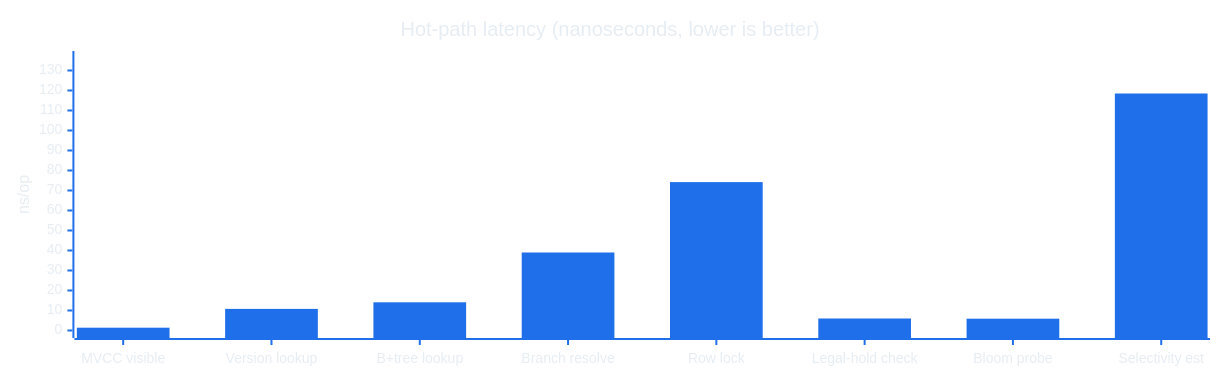
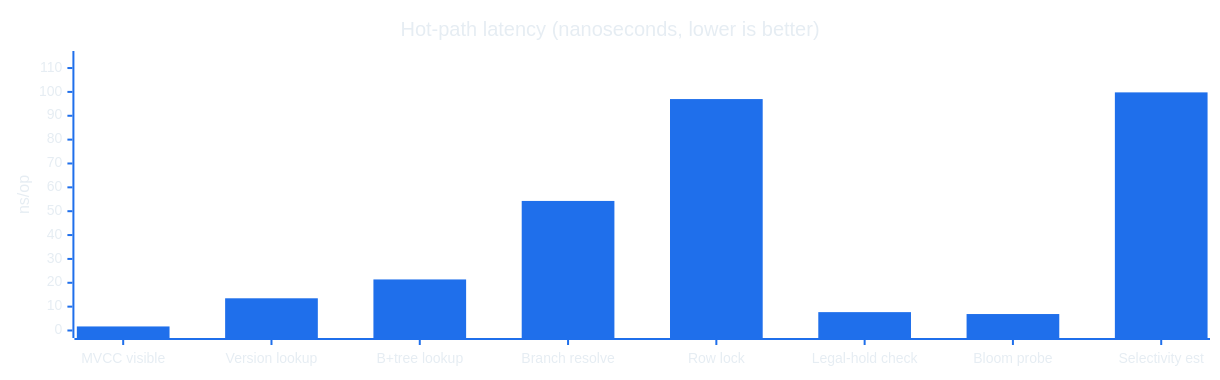
One commit to DataDalton/Zyron changed the fourth of 4 diagrams in README.md. Above: the diagram before and after it, drawn with Mermaid. The commit also changed other lines of this file and 192 other files, not shown here.

````diff
--- a/README.md
+++ b/README.md
@@ -225,8 +225,8 @@
 ```mermaid
 %%{init: {'theme':'base','themeVariables':{'xyChart':{'backgroundColor':'transparent','titleColor':'#e6edf3','xAxisLabelColor':'#e6edf3','xAxisTitleColor':'#e6edf3','xAxisTickColor':'#1f6feb','xAxisLineColor':'#1f6feb','yAxisLabelColor':'#e6edf3','yAxisTitleColor':'#e6edf3','yAxisTickColor':'#1f6feb','yAxisLineColor':'#1f6feb','plotColorPalette':'#1f6feb'}},'xyChart':{'width':1200,'height':360}}}%%
 xychart-beta
     title "Hot-path latency (nanoseconds, lower is better)"
     x-axis ["MVCC visible", "Version lookup", "B+tree lookup", "Branch resolve", "Row lock", "Legal-hold check", "Bloom probe", "Selectivity est"]
-    y-axis "ns/op" 0 --> 136
-    bar [1.4, 10.8, 14.1, 39.0, 74.2, 6.0, 5.9, 118.5]
+    y-axis "ns/op" 0 --> 114
+    bar [1.7, 13.5, 21.4, 54.3, 97.0, 7.7, 6.9, 99.8]
 ```
````
